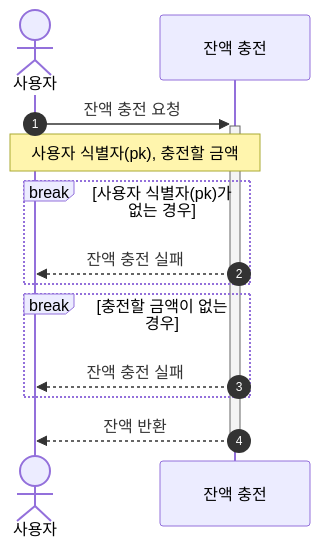
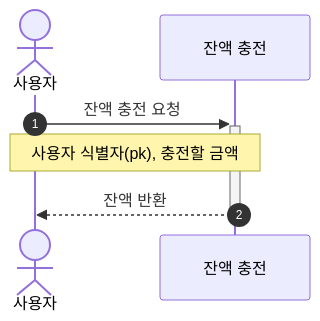
The fifth of 7 diagrams in README.md (kdelay/Concert-Booking), drawn with Mermaid before and after one commit. The commit also changed other lines of this file, not shown here.

````diff
--- a/README.md
+++ b/README.md
@@ -132,18 +134,10 @@
 ```mermaid
 sequenceDiagram
     autonumber
     actor 사용자
     
     사용자 ->>+ 잔액 충전: 잔액 충전 요청
     Note over 사용자, 잔액 충전: 사용자 식별자(pk), 충전할 금액
-
-    break 사용자 식별자(pk)가 없는 경우
-        잔액 충전 -->> 사용자: 잔액 충전 실패
-    end
-    
-    break 충전할 금액이 없는 경우
-        잔액 충전 -->> 사용자: 잔액 충전 실패
-    end
     
     잔액 충전 -->>- 사용자: 잔액 반환
 ```
````
